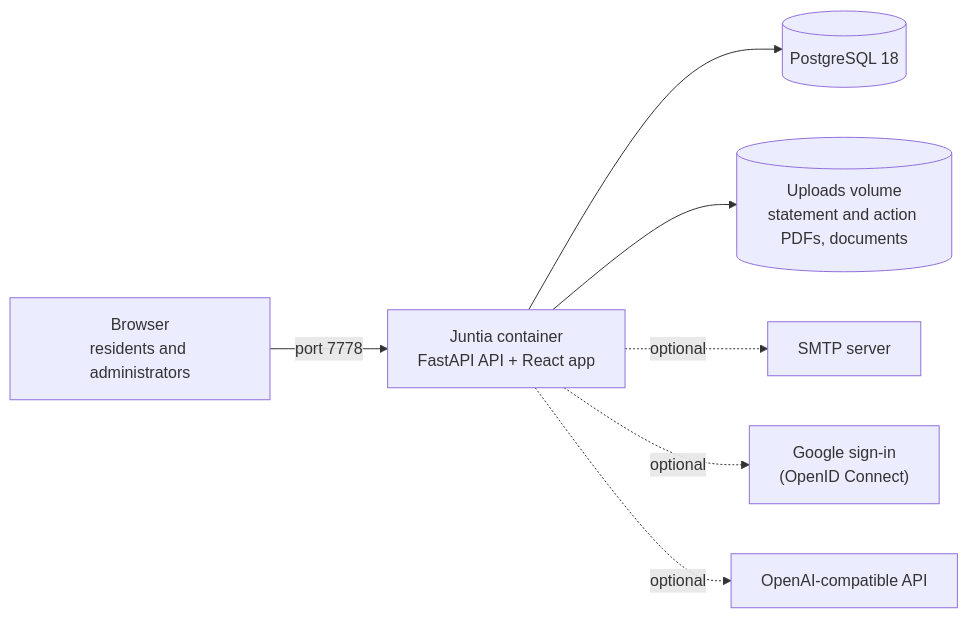
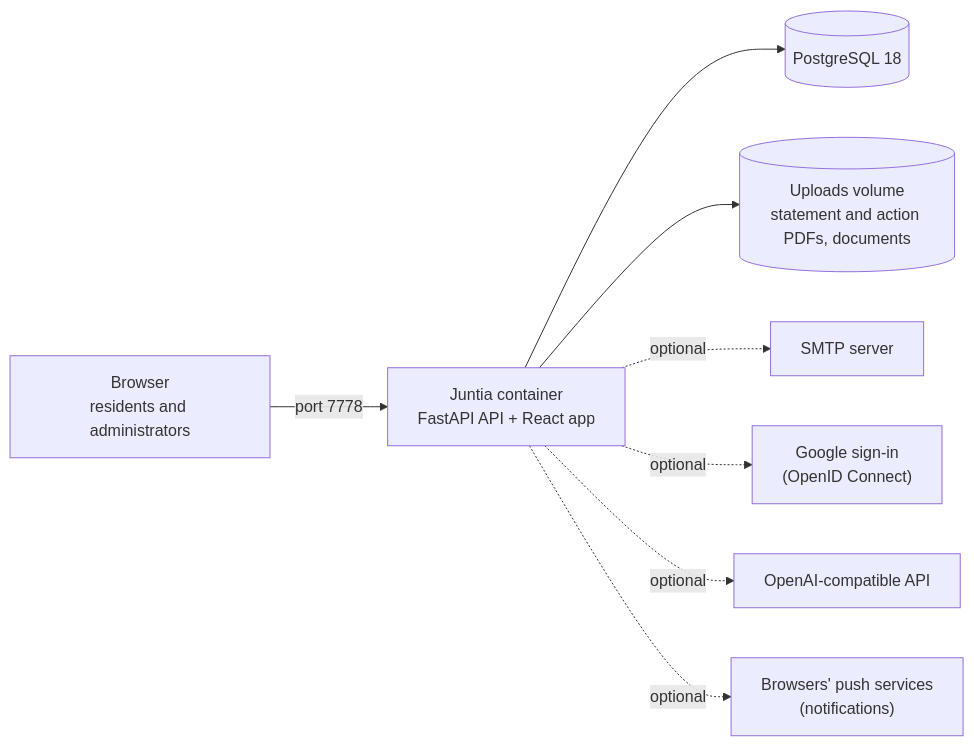
One commit to DrDonoso/juntia changed the diagram in README.md. Above: the diagram before and after it, drawn with Mermaid. The commit also changed other lines of this file and 58 other files, not shown here.

````diff
--- a/README.md
+++ b/README.md
@@ -159,9 +166,10 @@
 ```mermaid
 flowchart LR
   browser["Browser<br/>residents and administrators"] -- "port 7778" --> app["Juntia container<br/>FastAPI API + React app"]
   app --> db[("PostgreSQL 18")]
   app --> uploads[("Uploads volume<br/>statement and action PDFs, documents")]
   app -. optional .-> smtp["SMTP server"]
   app -. optional .-> google["Google sign-in<br/>(OpenID Connect)"]
   app -. optional .-> ai["OpenAI-compatible API"]
+  app -. optional .-> push["Browsers' push services<br/>(notifications)"]
 ```
````
